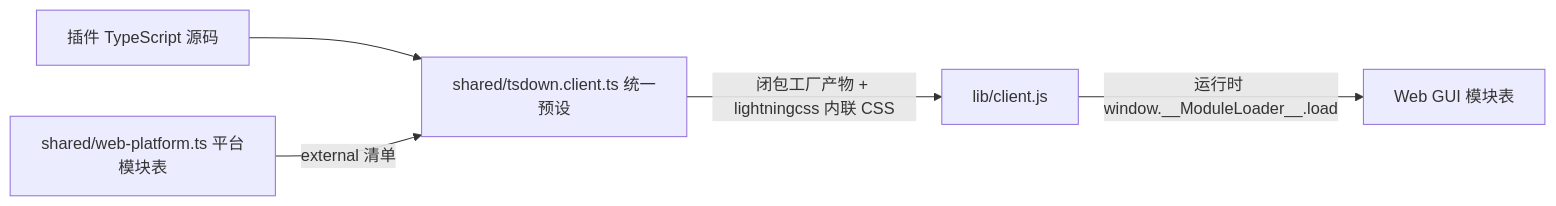
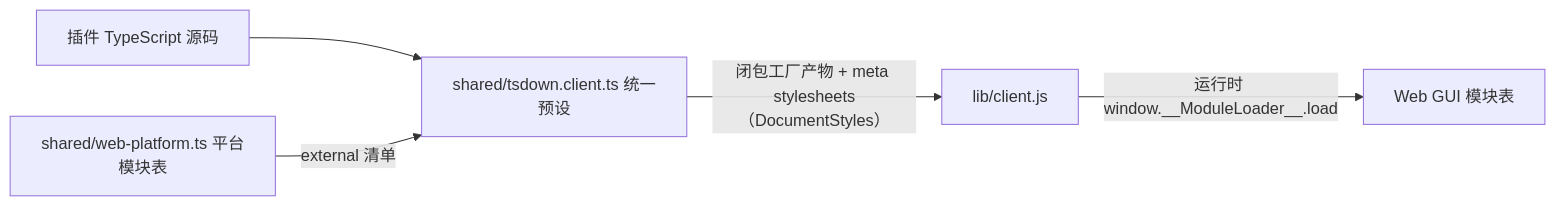
The third of 9 diagrams in docs/architecture.md (zhu1090093659/dsh-web), drawn with Mermaid before and after one commit. The commit also changed other lines of this file and 55 other files, not shown here.

````diff
--- a/docs/architecture.md
+++ b/docs/architecture.md
@@ -65,7 +65,7 @@
 ```mermaid
 flowchart LR
     SRC["插件 TypeScript 源码"] --> TSDOWN["shared/tsdown.client.ts 统一预设"]
     PLATFORM["shared/web-platform.ts 平台模块表"] -- "external 清单" --> TSDOWN
-    TSDOWN -- "闭包工厂产物 + lightningcss 内联 CSS" --> BUNDLE["lib/client.js"]
+    TSDOWN -- "闭包工厂产物 + meta stylesheets（DocumentStyles）" --> BUNDLE["lib/client.js"]
     BUNDLE -- "运行时 window.__ModuleLoader__.load" --> GUI["Web GUI 模块表"]
 ```
````
